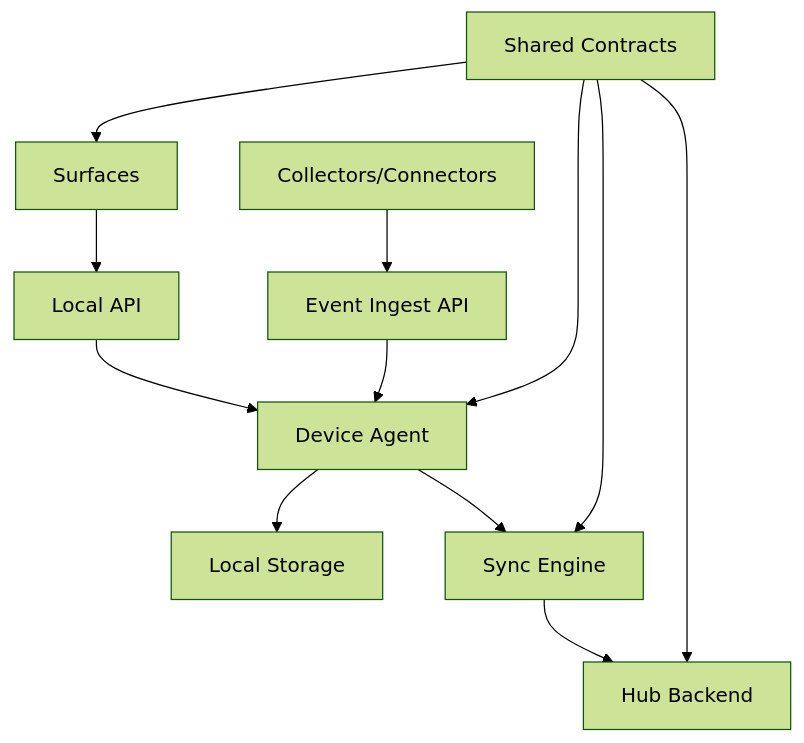
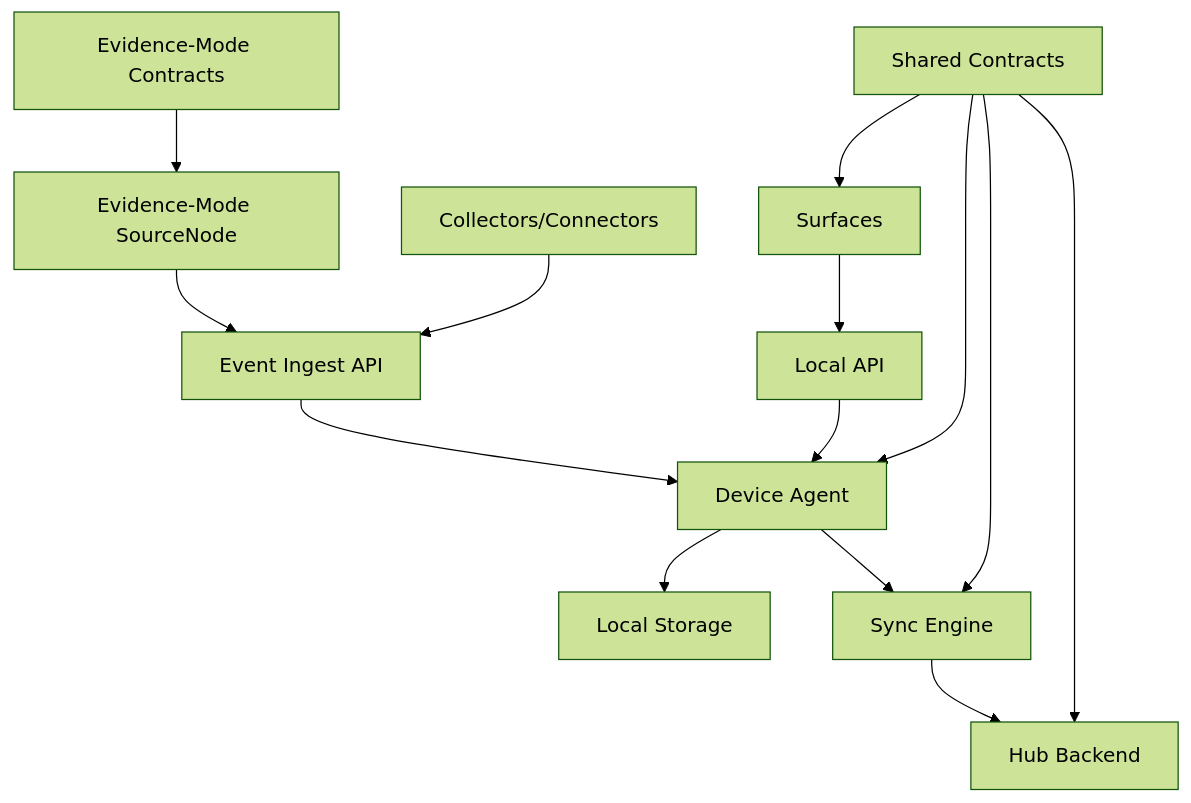
Before and after one commit to asukhodko/timeskein: the fifth of 5 diagrams in .qoder/repowiki/en/content/Project Overview/Project Overview.md, drawn with Mermaid (forest theme). The commit also changed other lines of this file and 6 other files, not shown here.

First line of the commit message:
docs(adr): add ADR-0003 Evidence-Mode Opt-in architecture decision

````diff
--- a/.qoder/repowiki/en/content/Project Overview/Project Overview.md
+++ b/.qoder/repowiki/en/content/Project Overview/Project Overview.md
@@ -377,14 +482,16 @@
 ```mermaid
 graph TB
 Surfaces["Surfaces"] --> LocalAPI["Local API"]
 Collectors["Collectors/Connectors"] --> EventIngest["Event Ingest API"]
+Evidence["Evidence-Mode SourceNode"] --> EventIngest
 LocalAPI --> Agent["Device Agent"]
 EventIngest --> Agent
 Agent --> Storage["Local Storage"]
 Agent --> Sync["Sync Engine"]
 Sync --> Hub["Hub Backend"]
 Contracts["Shared Contracts"] --> Surfaces
 Contracts --> Agent
 Contracts --> Sync
 Contracts --> Hub
+EvidenceContracts["Evidence-Mode Contracts"] --> Evidence
 ```
````
